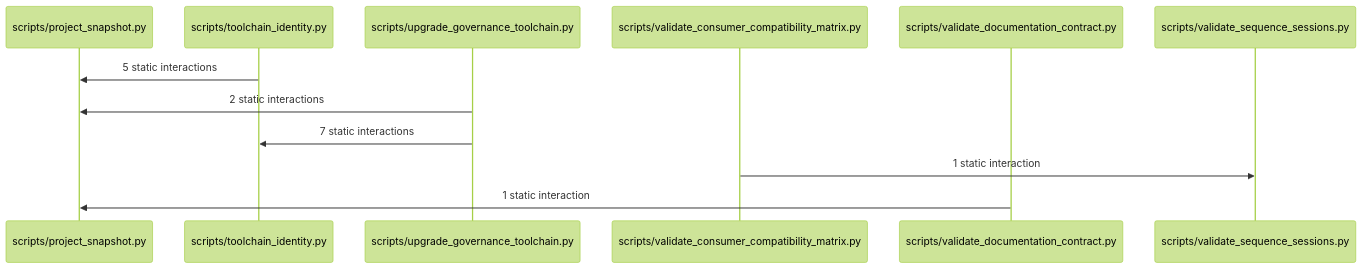
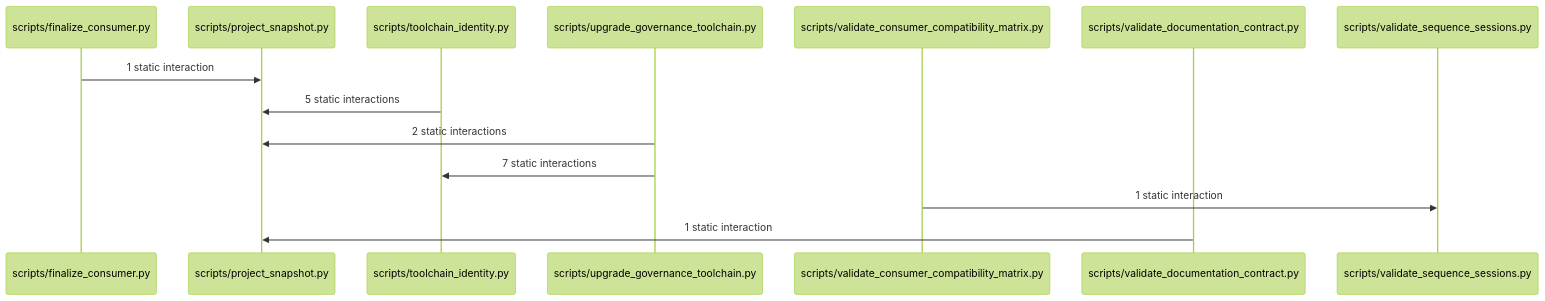
Before and after one commit to maxqstudio/Skill_Workflow: the diagram in docs/sequence/views/SW2-23-GOVERNANCE.md, drawn with Mermaid (forest theme). The commit also changed other lines of this file and 15 other files, not shown here.

Commit message:
SW2-23: synchronize helper-free source digest and consumer sequence

````diff
--- a/docs/sequence/views/SW2-23-GOVERNANCE.md
+++ b/docs/sequence/views/SW2-23-GOVERNANCE.md
@@ -27,14 +27,16 @@
 ```mermaid
 sequenceDiagram
-    participant module_scripts_project_snapshot_py_0 as scripts/project_snapshot.py
-    participant module_scripts_toolchain_identity_py_1 as scripts/toolchain_identity.py
-    participant module_scripts_upgrade_governance_toolchain_py_2 as scripts/upgrade_governance_toolchain.py
-    participant module_scripts_validate_consumer_compatibility_matrix_py_3 as scripts/validate_consumer_compatibility_matrix.py
-    participant module_scripts_validate_documentation_contract_py_4 as scripts/validate_documentation_contract.py
-    participant module_scripts_validate_sequence_sessions_py_5 as scripts/validate_sequence_sessions.py
-    module_scripts_toolchain_identity_py_1->>module_scripts_project_snapshot_py_0: 5 static interactions
-    module_scripts_upgrade_governance_toolchain_py_2->>module_scripts_project_snapshot_py_0: 2 static interactions
-    module_scripts_upgrade_governance_toolchain_py_2->>module_scripts_toolchain_identity_py_1: 7 static interactions
-    module_scripts_validate_consumer_compatibility_matrix_py_3->>module_scripts_validate_sequence_sessions_py_5: 1 static interaction
-    module_scripts_validate_documentation_contract_py_4->>module_scripts_project_snapshot_py_0: 1 static interaction
+    participant module_scripts_finalize_consumer_py_0 as scripts/finalize_consumer.py
+    participant module_scripts_project_snapshot_py_1 as scripts/project_snapshot.py
+    participant module_scripts_toolchain_identity_py_2 as scripts/toolchain_identity.py
+    participant module_scripts_upgrade_governance_toolchain_py_3 as scripts/upgrade_governance_toolchain.py
+    participant module_scripts_validate_consumer_compatibility_matrix_py_4 as scripts/validate_consumer_compatibility_matrix.py
+    participant module_scripts_validate_documentation_contract_py_5 as scripts/validate_documentation_contract.py
+    participant module_scripts_validate_sequence_sessions_py_6 as scripts/validate_sequence_sessions.py
+    module_scripts_finalize_consumer_py_0->>module_scripts_project_snapshot_py_1: 1 static interaction
+    module_scripts_toolchain_identity_py_2->>module_scripts_project_snapshot_py_1: 5 static interactions
+    module_scripts_upgrade_governance_toolchain_py_3->>module_scripts_project_snapshot_py_1: 2 static interactions
+    module_scripts_upgrade_governance_toolchain_py_3->>module_scripts_toolchain_identity_py_2: 7 static interactions
+    module_scripts_validate_consumer_compatibility_matrix_py_4->>module_scripts_validate_sequence_sessions_py_6: 1 static interaction
+    module_scripts_validate_documentation_contract_py_5->>module_scripts_project_snapshot_py_1: 1 static interaction
 ```
````
